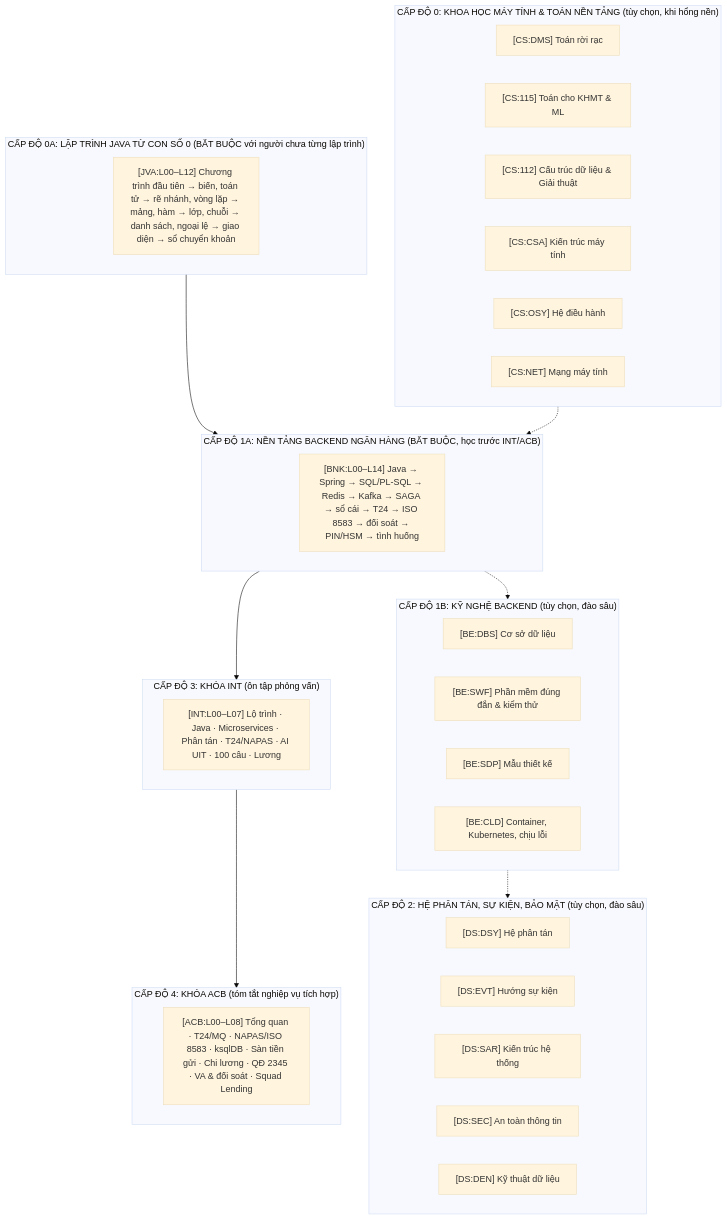
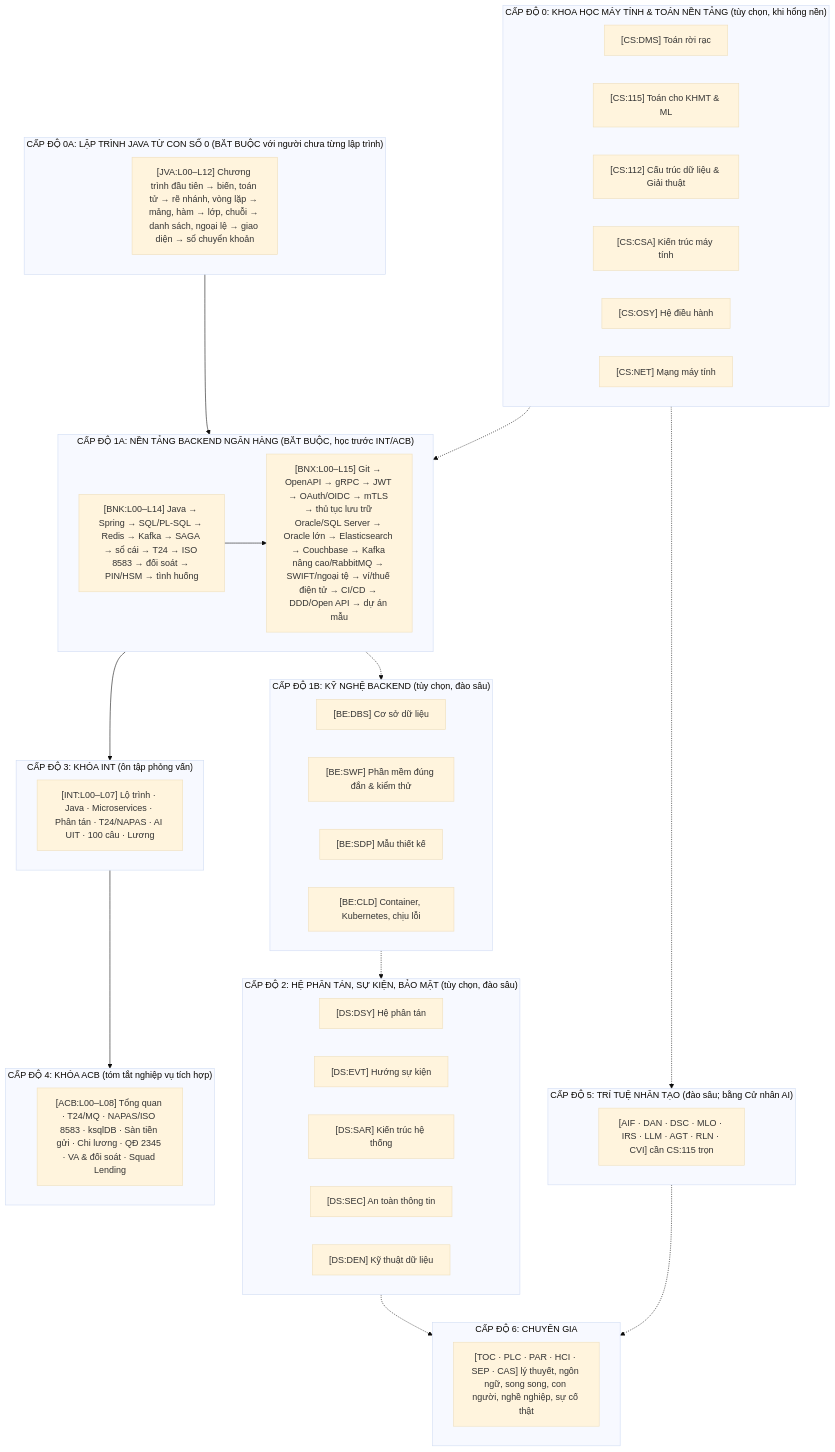
Before and after one commit to ducpm196/research-video: the diagram in interview/MASTER_CURRICULUM_INDEX.md, drawn with Mermaid (base theme). The commit also changed other lines of this file and 122 other files, not shown here.

````diff
--- a/interview/MASTER_CURRICULUM_INDEX.md
+++ b/interview/MASTER_CURRICULUM_INDEX.md
@@ -13,40 +14,51 @@
 ```mermaid
 flowchart TD
     subgraph L0["CẤP ĐỘ 0: KHOA HỌC MÁY TÍNH & TOÁN NỀN TẢNG (tùy chọn, khi hổng nền)"]
         CS_DMS["[CS:DMS] Toán rời rạc"]
         CS_115["[CS:115] Toán cho KHMT & ML"]
         CS_112["[CS:112] Cấu trúc dữ liệu & Giải thuật"]
         CS_CSA["[CS:CSA] Kiến trúc máy tính"]
         CS_OSY["[CS:OSY] Hệ điều hành"]
         CS_NET["[CS:NET] Mạng máy tính"]
     end
     subgraph LJ["CẤP ĐỘ 0A: LẬP TRÌNH JAVA TỪ CON SỐ 0 (BẮT BUỘC với người chưa từng lập trình)"]
         JVA["[JVA:L00–L12] Chương trình đầu tiên → biến, toán tử → rẽ nhánh, vòng lặp → mảng, hàm → lớp, chuỗi → danh sách, ngoại lệ → giao diện → sổ chuyển khoản"]
     end
     subgraph LB["CẤP ĐỘ 1A: NỀN TẢNG BACKEND NGÂN HÀNG (BẮT BUỘC, học trước INT/ACB)"]
         BNK["[BNK:L00–L14] Java → Spring → SQL/PL-SQL → Redis → Kafka → SAGA → sổ cái → T24 → ISO 8583 → đối soát → PIN/HSM → tình huống"]
+        BNX["[BNX:L00–L15] Git → OpenAPI → gRPC → JWT → OAuth/OIDC → mTLS → thủ tục lưu trữ Oracle/SQL Server → Oracle lớn → Elasticsearch → Couchbase → Kafka nâng cao/RabbitMQ → SWIFT/ngoại tệ → ví/thuế điện tử → CI/CD → DDD/Open API → dự án mẫu"]
+        BNK --> BNX
+    end
+    subgraph L5["CẤP ĐỘ 5: TRÍ TUỆ NHÂN TẠO (đào sâu; bằng Cử nhân AI)"]
+        AI["[AIF · DAN · DSC · MLO · IRS · LLM · AGT · RLN · CVI] cần CS:115 trọn"]
+    end
+    subgraph L6["CẤP ĐỘ 6: CHUYÊN GIA"]
+        EXP["[TOC · PLC · PAR · HCI · SEP · CAS] lý thuyết, ngôn ngữ, song song, con người, nghề nghiệp, sự cố thật"]
     end
     subgraph L1["CẤP ĐỘ 1B: KỸ NGHỆ BACKEND (tùy chọn, đào sâu)"]
         BE_DBS["[BE:DBS] Cơ sở dữ liệu"]
         BE_SWF["[BE:SWF] Phần mềm đúng đắn & kiểm thử"]
         BE_SDP["[BE:SDP] Mẫu thiết kế"]
         BE_CLD["[BE:CLD] Container, Kubernetes, chịu lỗi"]
     end
     subgraph L2["CẤP ĐỘ 2: HỆ PHÂN TÁN, SỰ KIỆN, BẢO MẬT (tùy chọn, đào sâu)"]
         DS_DSY["[DS:DSY] Hệ phân tán"]
         DS_EVT["[DS:EVT] Hướng sự kiện"]
         DS_SAR["[DS:SAR] Kiến trúc hệ thống"]
         DS_SEC["[DS:SEC] An toàn thông tin"]
         DS_DEN["[DS:DEN] Kỹ thuật dữ liệu"]
     end
     subgraph L3["CẤP ĐỘ 3: KHÓA INT (ôn tập phỏng vấn)"]
         INT["[INT:L00–L07] Lộ trình · Java · Microservices · Phân tán · T24/NAPAS · AI UIT · 100 câu · Lương"]
     end
     subgraph L4["CẤP ĐỘ 4: KHÓA ACB (tóm tắt nghiệp vụ tích hợp)"]
         ACB["[ACB:L00–L08] Tổng quan · T24/MQ · NAPAS/ISO 8583 · ksqlDB · Sàn tiền gửi · Chi lương · QĐ 2345 · VA & đối soát · Squad Lending"]
     end
     LJ --> LB
     L0 -.-> LB
     LB --> L3 --> L4
     LB -.-> L1 -.-> L2
+    L0 -.-> L5
+    L2 -.-> L6
+    L5 -.-> L6
 ```
````
